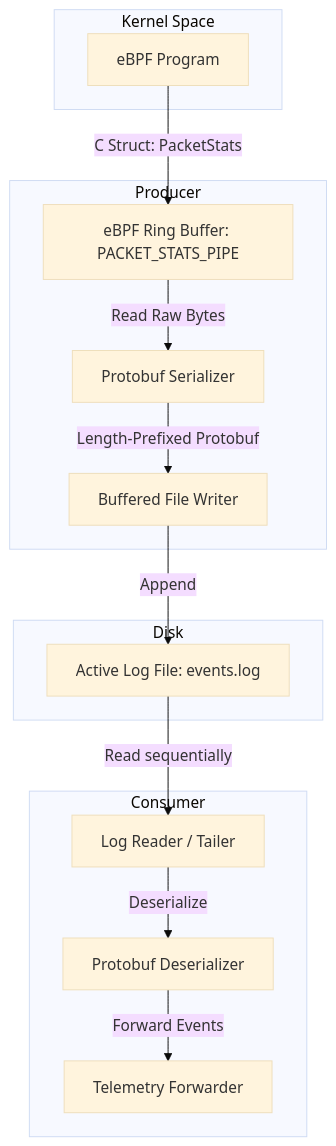
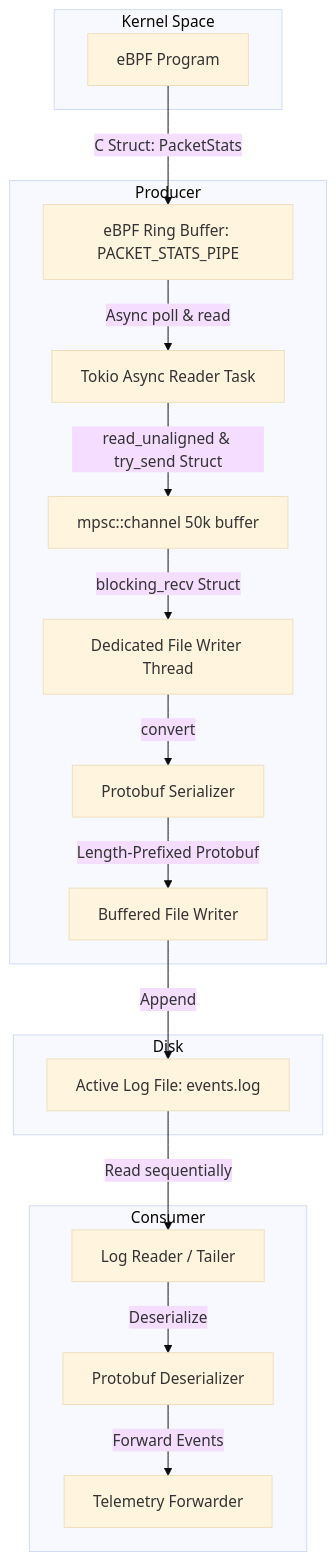
Before and after one commit to UladzislauBlok/ebpf-profiler: the diagram in docs/userspace_architecture.md, drawn with Mermaid (base theme). The commit also changed other lines of this file and 1 other file, not shown here.

Commit message:
zero allocation when reading from ring buffer

````diff
--- a/docs/userspace_architecture.md
+++ b/docs/userspace_architecture.md
@@ -11,31 +11,37 @@
 ```mermaid
 graph TD
     subgraph Kernel Space
         ebpf[eBPF Program]
     end
 
     subgraph Ingestor Daemon [Producer]
         ringbuf[eBPF Ring Buffer: PACKET_STATS_PIPE]
+        async_reader[Tokio Async Reader Task]
+        mpsc[mpsc::channel 50k buffer]
+        os_thread[Dedicated File Writer Thread]
         serializer[Protobuf Serializer]
         bufwriter[Buffered File Writer]
     end
 
     subgraph Storage [Disk]
         file[Active Log File: events.log]
     end
 
     subgraph Forwarder Daemon [Consumer]
         reader[Log Reader / Tailer]
         deserializer[Protobuf Deserializer]
         uploader[Telemetry Forwarder]
     end
 
     %% Flow
     ebpf -->|C Struct: PacketStats| ringbuf
-    ringbuf -->|Read Raw Bytes| serializer
+    ringbuf -->|Async poll & read| async_reader
+    async_reader -->|read_unaligned & try_send Struct| mpsc
+    mpsc -->|blocking_recv Struct| os_thread
+    os_thread -->|convert| serializer
     serializer -->|Length-Prefixed Protobuf| bufwriter
     bufwriter -->|Append| file
     file -->|Read sequentially| reader
     reader -->|Deserialize| deserializer
     deserializer -->|Forward Events| uploader
 ```
````
